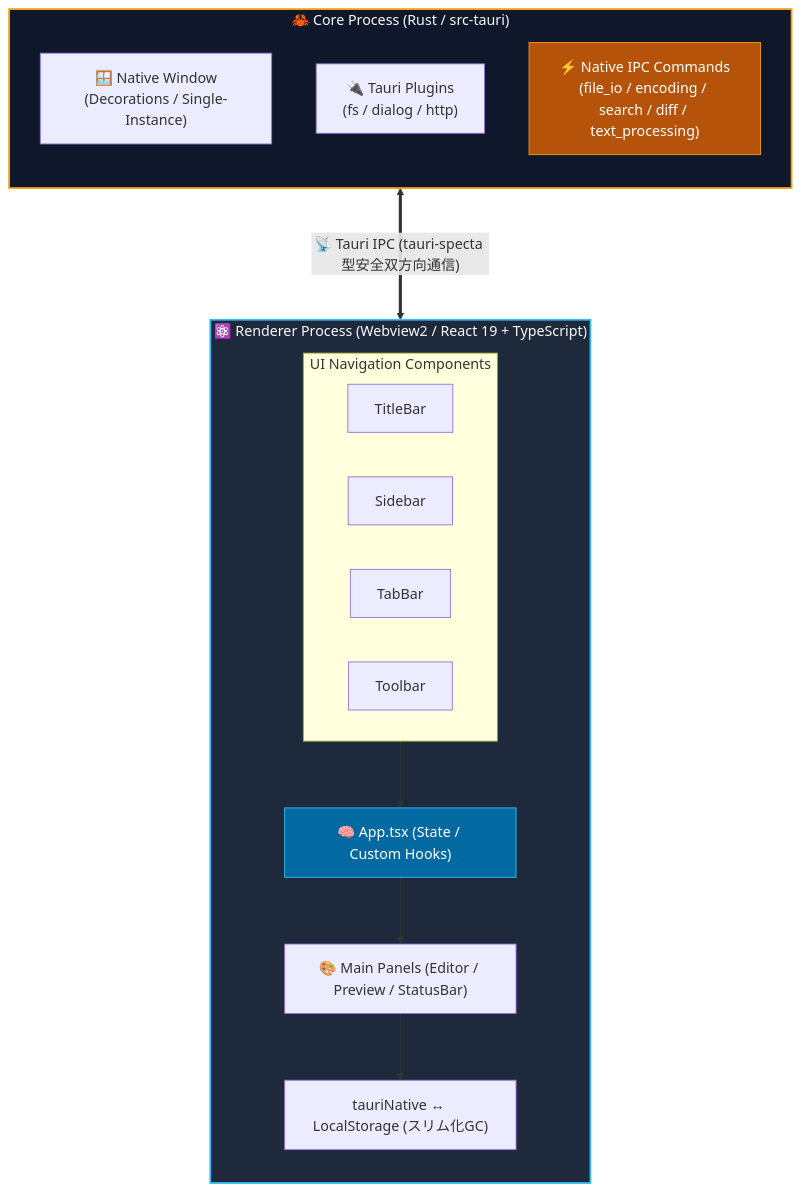
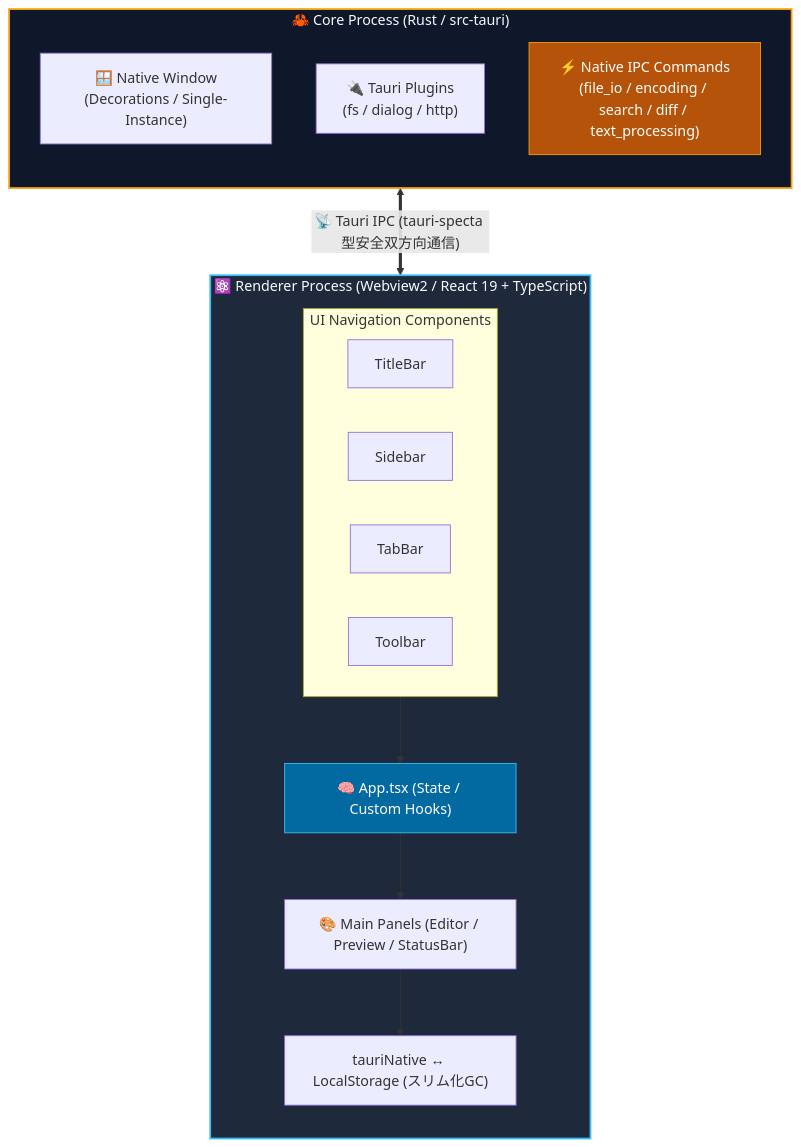
Before and after one commit to tkshnkgwr/QuMaEditor: the first of 3 diagrams in docs/ja/ARCHITECTURE.md, drawn with Mermaid. The commit also changed other lines of this file and 51 other files, not shown here.

Commit message:
feat(v1.4.0): Markdown auto-formatting, print multi-page optimization, Mermaid auto-scaling, modular refactoring, and doc synchronization

````diff
--- a/docs/ja/ARCHITECTURE.md
+++ b/docs/ja/ARCHITECTURE.md
@@ -11,31 +11,31 @@
 ```mermaid
 flowchart TD
     subgraph Core["🦀 Core Process (Rust / src-tauri)"]
         direction TB
-        NativeWin["🪟 Native Window\n(Decorations / Single-Instance)"]
-        Plugins["🔌 Tauri Plugins\n(fs / dialog / http)"]
-        Commands["⚡ Native IPC Commands\n(file_io / encoding / search / diff / text_processing)"]
+        NativeWin["🪟 Native Window<br/>(Decorations / Single-Instance)"]
+        Plugins["🔌 Tauri Plugins<br/>(fs / dialog / http)"]
+        Commands["⚡ Native IPC Commands<br/>(file_io / encoding / search / diff / text_processing)"]
     end
 
-    Core <===>|"📡 Tauri IPC (tauri-specta 型安全双方向通信)"| Renderer
+    Core <==>|"📡 Tauri IPC (tauri-specta 型安全双方向通信)"| Renderer
 
     subgraph Renderer["⚛️ Renderer Process (Webview2 / React 19 + TypeScript)"]
         direction TB
         subgraph TopBar["UI Navigation Components"]
             TitleBar["TitleBar"]
             Sidebar["Sidebar"]
             TabBar["TabBar"]
             Toolbar["Toolbar"]
         end
 
         TopBar --> AppState["🧠 App.tsx (State / Custom Hooks)"]
 
         AppState --> Panels["🎨 Main Panels (Editor / Preview / StatusBar)"]
         Panels --> NativeBridge["tauriNative ↔ LocalStorage (スリム化GC)"]
     end
 
     style Core fill:#0f172a,stroke:#f59e0b,stroke-width:2px,color:#f8fafc
     style Renderer fill:#1e293b,stroke:#38bdf8,stroke-width:2px,color:#f8fafc
     style AppState fill:#0369a1,stroke:#38bdf8,color:#ffffff
     style Commands fill:#b45309,stroke:#f59e0b,color:#ffffff
 ```
````
